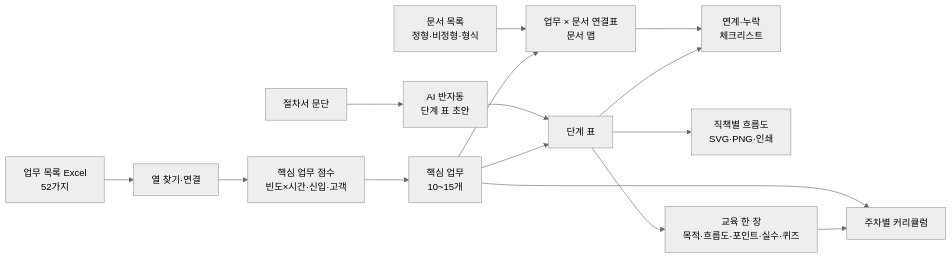
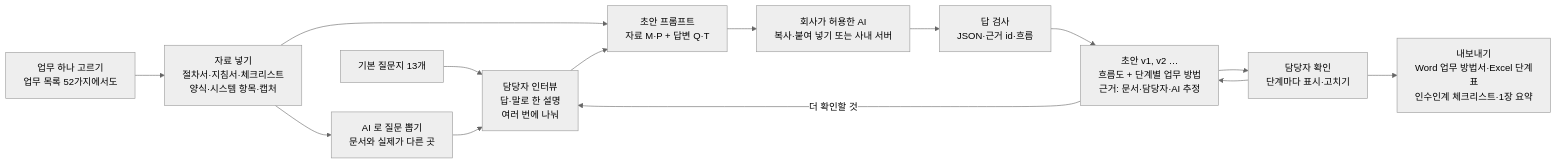
The diagram in view/data10-09/plan.md (aebonlee/data10-00), drawn with Mermaid (neutral theme) before and after one commit. The commit also changed other lines of this file and 2 other files, not shown here.

````diff
--- a/view/data10-09/plan.md
+++ b/view/data10-09/plan.md
@@ -56,17 +55,16 @@
 ```mermaid
 flowchart LR
-  X[업무 목록 Excel<br/>52가지] --> M[열 찾기·연결]
-  M --> S[핵심 업무 점수<br/>빈도×시간·신입·고객]
-  S --> C[핵심 업무<br/>10~15개]
-  D[문서 목록<br/>정형·비정형·형식] --> MAP[업무 × 문서 연결표<br/>문서 맵]
-  C --> MAP
-  MAP --> CK[연계·누락<br/>체크리스트]
-  P[절차서 문단] --> AI1[AI 반자동<br/>단계 표 초안]
-  AI1 --> F[단계 표]
-  C --> F
-  F --> FL[직책별 흐름도<br/>SVG·PNG·인쇄]
-  F --> CK
-  F --> E[교육 한 장<br/>목적·흐름도·포인트·실수·퀴즈]
-  C --> CU[주차별 커리큘럼]
-  E --> CU
+  A[업무 하나 고르기<br/>업무 목록 52가지에서도] --> M[자료 넣기<br/>절차서·지침서·체크리스트<br/>양식·시스템 항목·캡처]
+  M --> Q[AI 로 질문 뽑기<br/>문서와 실제가 다른 곳]
+  T[기본 질문지 13개] --> I[담당자 인터뷰<br/>답·말로 한 설명<br/>여러 번에 나눠]
+  Q --> I
+  M --> P[초안 프롬프트<br/>자료 M·P + 답변 Q·T]
+  I --> P
+  P --> AI[회사가 허용한 AI<br/>복사·붙여 넣기 또는 사내 서버]
+  AI --> V[답 검사<br/>JSON·근거 id·흐름]
+  V --> D[초안 v1, v2 …<br/>흐름도 + 단계별 업무 방법<br/>근거: 문서·담당자·AI 추정]
+  D --> C[담당자 확인<br/>단계마다 표시·고치기]
+  C --> D
+  D -->|더 확인할 것| I
+  C --> X[내보내기<br/>Word 업무 방법서·Excel 단계표<br/>인수인계 체크리스트·1장 요약]
 ```
````
